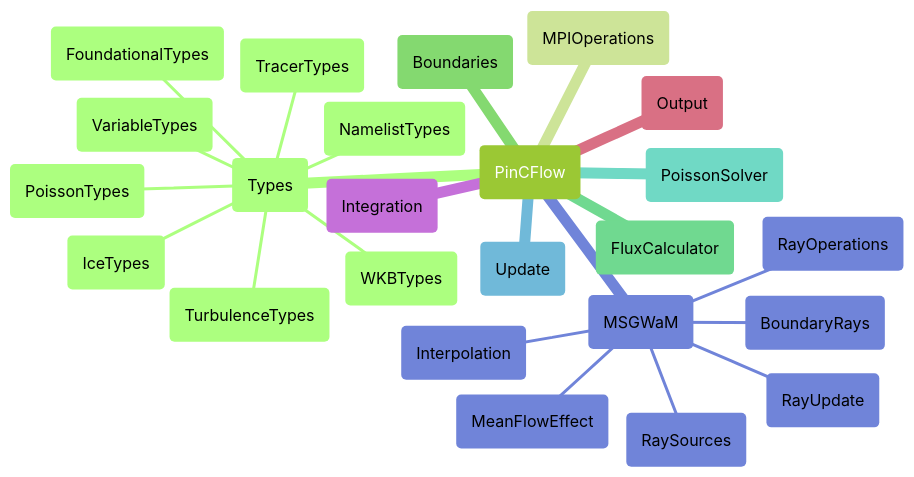
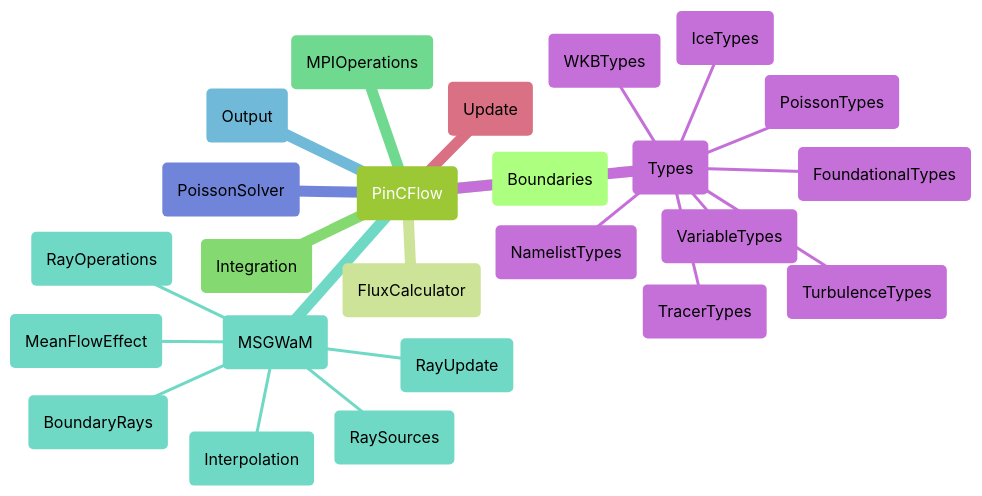
The first of 2 diagrams in README.md (Atmospheric-Dynamics-GUF/PinCFlow.jl), drawn with Mermaid before and after one commit. The commit also changed other lines of this file and 1 other file, not shown here.

Commit message:
Made the module order in the mermaid code for the module diagram alphabetical.

````diff
--- a/README.md
+++ b/README.md
@@ -182,33 +182,33 @@
 ```mermaid
 ---
 config:
     theme: forest
     fontFamily: monospace
 ---
 
 mindmap
     root(PinCFlow)
-        (Types)
-            (NamelistTypes)
-            (FoundationalTypes)
-            (VariableTypes)
-            (PoissonTypes)
-            (WKBTypes)
-            (TracerTypes)
-            (IceTypes)
-            (TurbulenceTypes)
-        (MPIOperations)
         (Boundaries)
         (FluxCalculator)
-        (PoissonSolver)
-        (Update)
+        (Integration)
+        (MPIOperations)
         (MSGWaM)
+            (BoundaryRays)
             (Interpolation)
+            (MeanFlowEffect)
             (RayOperations)
             (RaySources)
-            (BoundaryRays)
             (RayUpdate)
-            (MeanFlowEffect)
-        (Integration)
         (Output)
+        (PoissonSolver)
+        (Types)
+            (FoundationalTypes)
+            (IceTypes)
+            (NamelistTypes)
+            (PoissonTypes)
+            (TracerTypes)
+            (TurbulenceTypes)
+            (VariableTypes)
+            (WKBTypes)
+        (Update)
 ```
````
